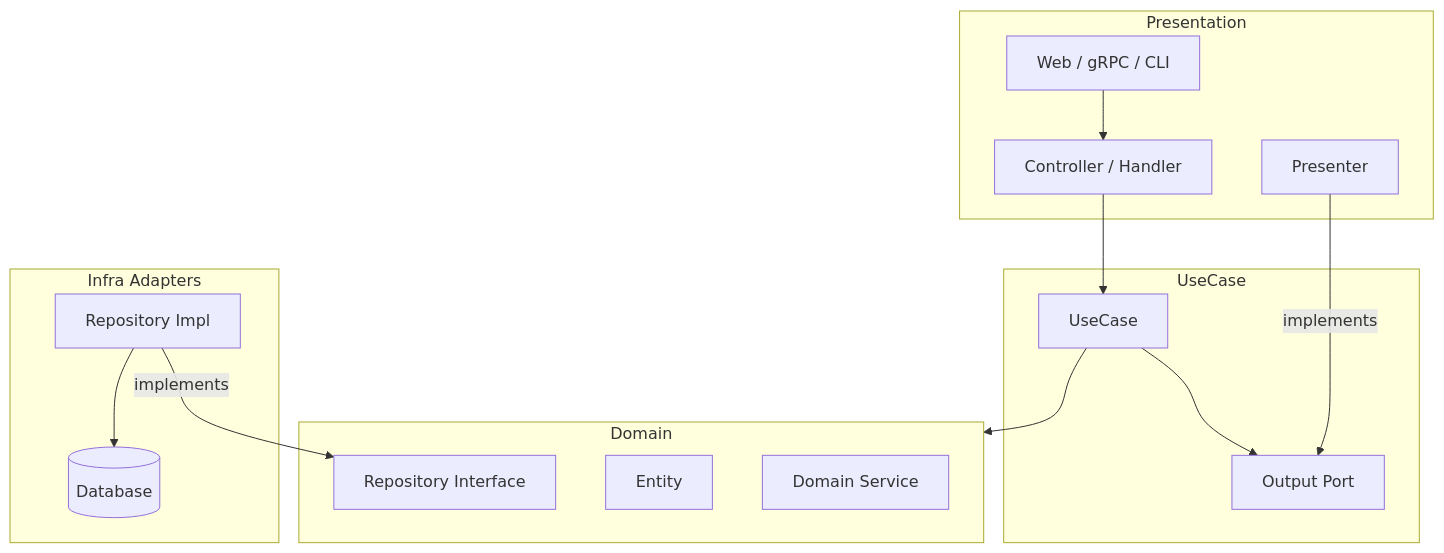
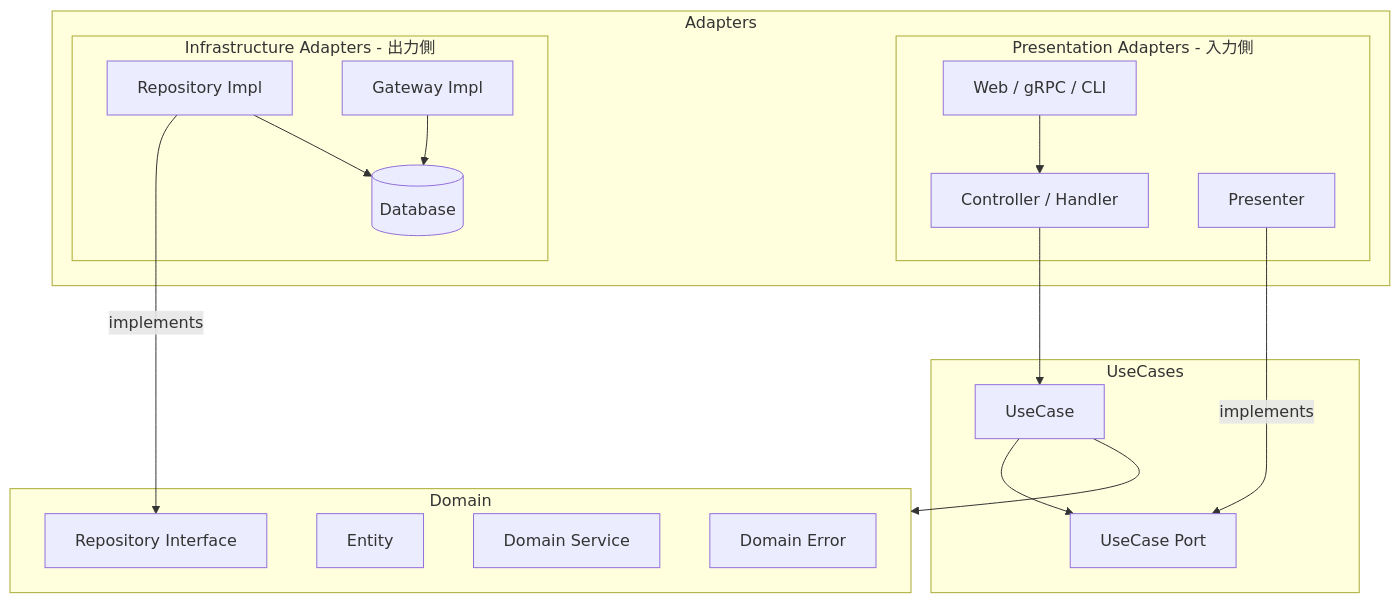
The diagram in software/clean_arch_ja.md (sokoide/workshop), drawn with Mermaid before and after one commit. The commit also changed other lines of this file and 46 other files, not shown here.

````diff
--- a/software/clean_arch_ja.md
+++ b/software/clean_arch_ja.md
@@ -9,33 +18,41 @@
 ```mermaid
 graph TD
-    subgraph PresentationLayer [Presentation]
-        Web[Web / gRPC / CLI]
-        Controller[Controller / Handler]
-        Presenter[Presenter]
+    subgraph AdaptersLayer [Adapters]
+        subgraph PresentationAdapters [Presentation Adapters - 入力側]
+            Web[Web / gRPC / CLI]
+            Controller[Controller / Handler]
+            Presenter[Presenter]
+        end
+        subgraph InfraAdapters [Infrastructure Adapters - 出力側]
+            RI_Impl[Repository Impl]
+            GW_Impl[Gateway Impl]
+            DB[(Database)]
+        end
     end
 
-    subgraph UseCaseLayer [UseCase]
+    subgraph UseCaseLayer [UseCases]
         UC[UseCase]
-        OP[Output Port]
+        UC_Port[UseCase Port]
     end
 
     subgraph DomainLayer [Domain]
         DS[Domain Service]
         E[Entity]
         RI[Repository Interface]
+        DE[Domain Error]
     end
 
-    subgraph InfraLayer [Infra Adapters]
-        RI_Impl[Repository Impl]
-        DB[(Database)]
-    end
-
-    %% 依存関係
+    %% 入力側の依存
     Web --> Controller
     Controller --> UC
     UC --> DomainLayer
+
+    %% 出力側の依存
     RI_Impl -- "implements" --> RI
     RI_Impl --> DB
-    UC --> OP
-    Presenter -- "implements" --> OP
+    GW_Impl --> DB
+
+    %% UseCase ポート
+    UC --> UC_Port
+    Presenter -- "implements" --> UC_Port
 ```
````
